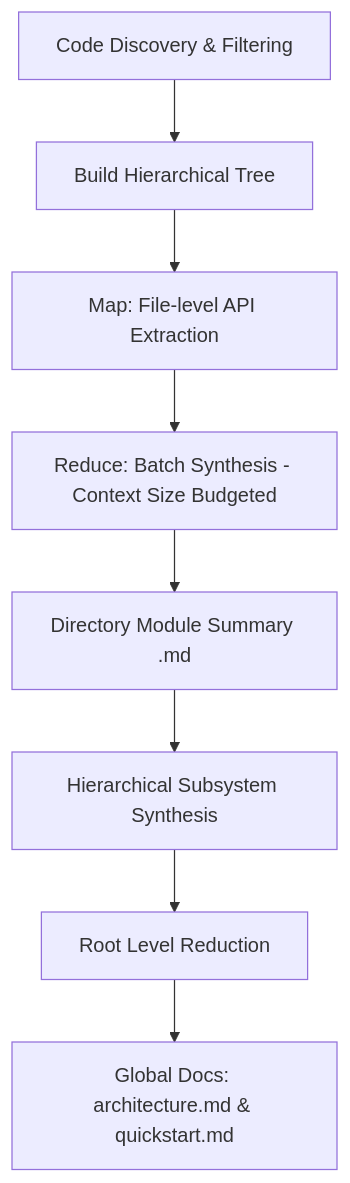
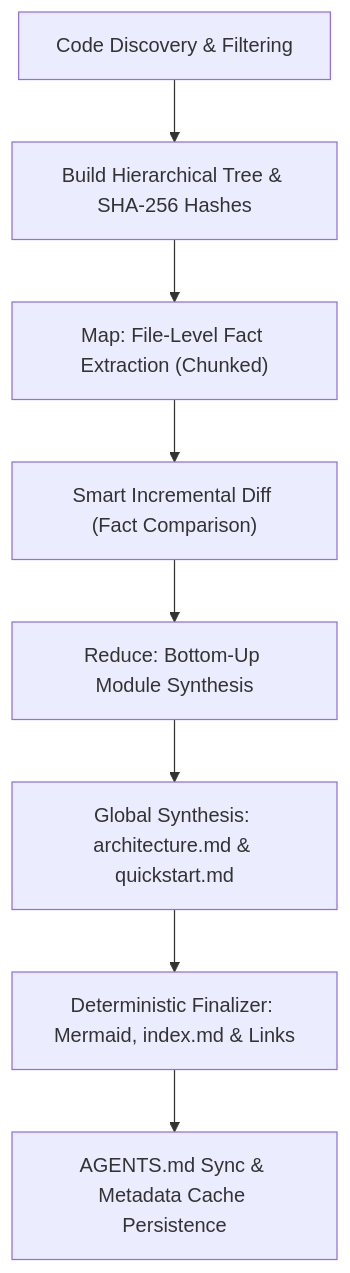
Before and after one commit to arrase/code-reducer: the diagram in README.md, drawn with Mermaid. The commit also changed other lines of this file and 29 other files, not shown here.

````diff
--- a/README.md
+++ b/README.md
@@ -179,10 +230,10 @@
 ```mermaid
-graph TD
-    A[Code Discovery & Filtering] --> B[Build Hierarchical Tree]
-    B --> C[Map: File-level API Extraction]
-    C --> D[Reduce: Batch Synthesis - Context Size Budgeted]
-    D --> E[Directory Module Summary .md]
-    E --> F[Hierarchical Subsystem Synthesis]
-    F --> G[Root Level Reduction]
-    G --> H[Global Docs: architecture.md & quickstart.md]
+flowchart TD
+    A["Code Discovery & Filtering"] --> B["Build Hierarchical Tree & SHA-256 Hashes"]
+    B --> C["Map: File-Level Fact Extraction (Chunked)"]
+    C --> D["Smart Incremental Diff (Fact Comparison)"]
+    D --> E["Reduce: Bottom-Up Module Synthesis"]
+    E --> F["Global Synthesis: architecture.md & quickstart.md"]
+    F --> G["Deterministic Finalizer: Mermaid, index.md & Links"]
+    G --> H["AGENTS.md Sync & Metadata Cache Persistence"]
 ```
````
